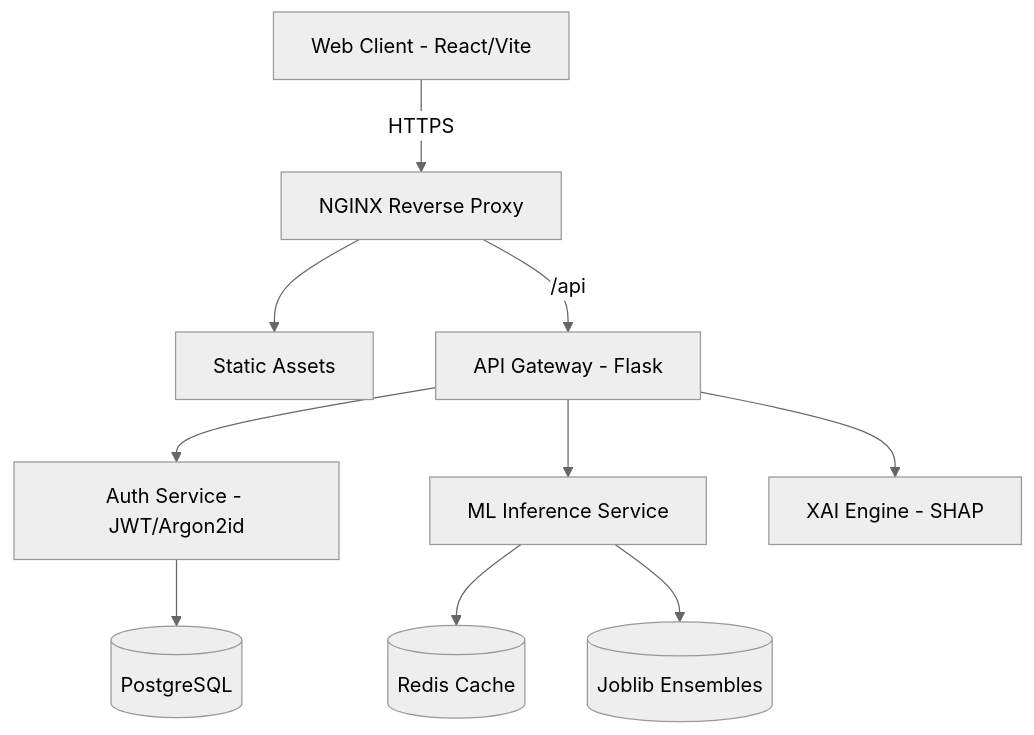
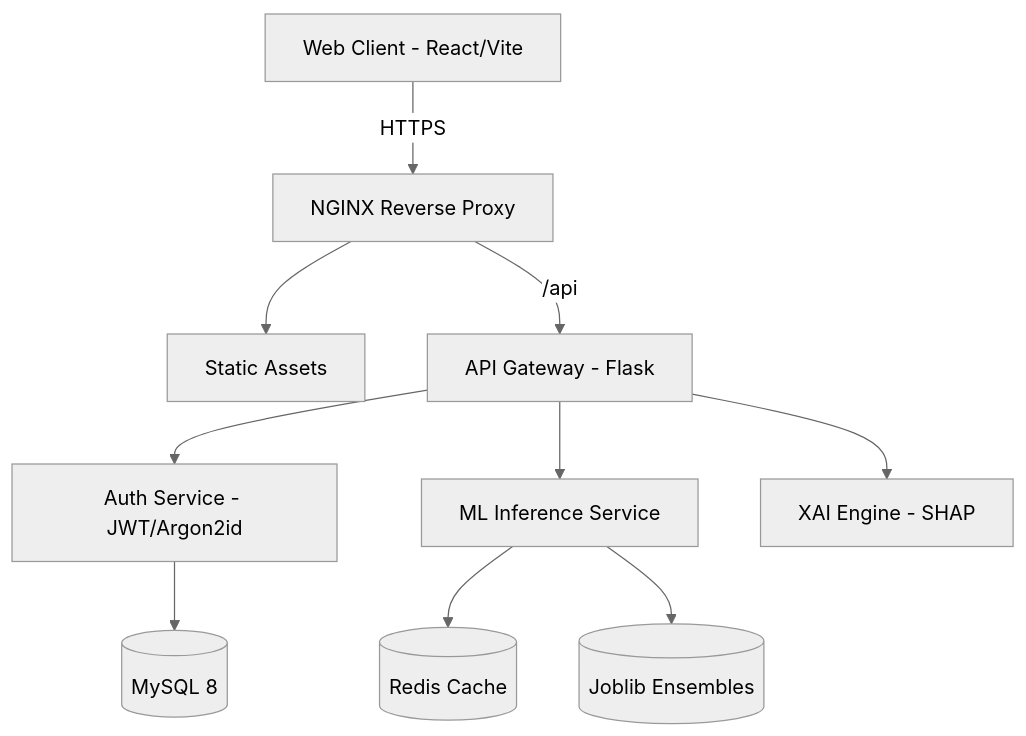
One commit to JagabattulaKarthikeya-1227/FraudShield-AI changed the diagram in README.md. Above: the diagram before and after it, drawn with Mermaid (neutral theme). The commit also changed other lines of this file and 111 other files, not shown here.

````diff
--- a/README.md
+++ b/README.md
@@ -51,13 +50,13 @@
 ```mermaid
 graph TD
     Client[Web Client - React/Vite] -->|HTTPS| Proxy[NGINX Reverse Proxy]
     Proxy --> Frontend[Static Assets]
     Proxy -->|/api| Gateway[API Gateway - Flask]
     Gateway --> Auth[Auth Service - JWT/Argon2id]
     Gateway --> Inference[ML Inference Service]
     Gateway --> Explain[XAI Engine - SHAP]
     
     Inference --> Redis[(Redis Cache)]
-    Auth --> Postgres[(PostgreSQL)]
+    Auth --> MySQL[(MySQL 8)]
     Inference --> Model[(Joblib Ensembles)]
 ```
````
